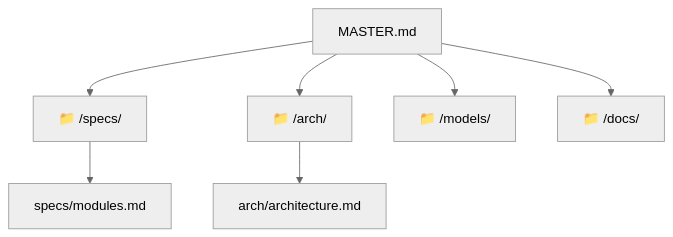
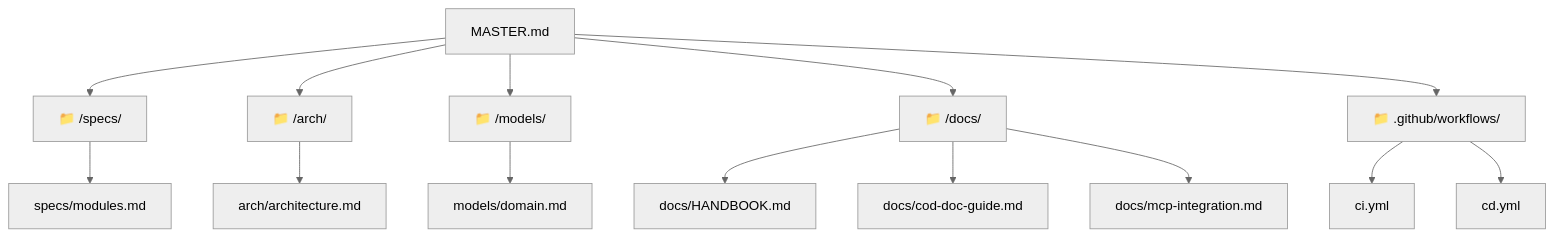
Before and after one commit to Orange-hanter/cod-doc: the diagram in MASTER.md, drawn with Mermaid (neutral theme). The commit also changed other lines of this file and 12 other files, not shown here.

````diff
--- a/MASTER.md
+++ b/MASTER.md
@@ -13,10 +13,17 @@
 ```mermaid
 graph TD
     Root[MASTER.md] --> S[📁 /specs/]
     Root --> A[📁 /arch/]
     Root --> M[📁 /models/]
     Root --> D[📁 /docs/]
+    Root --> CI[📁 .github/workflows/]
 
     S --> SM[specs/modules.md]
     A --> AA[arch/architecture.md]
+    M --> MD[models/domain.md]
+    D --> DH[docs/HANDBOOK.md]
+    D --> DG[docs/cod-doc-guide.md]
+    D --> DM[docs/mcp-integration.md]
+    CI --> CIC[ci.yml]
+    CI --> CDC[cd.yml]
 ```
````
